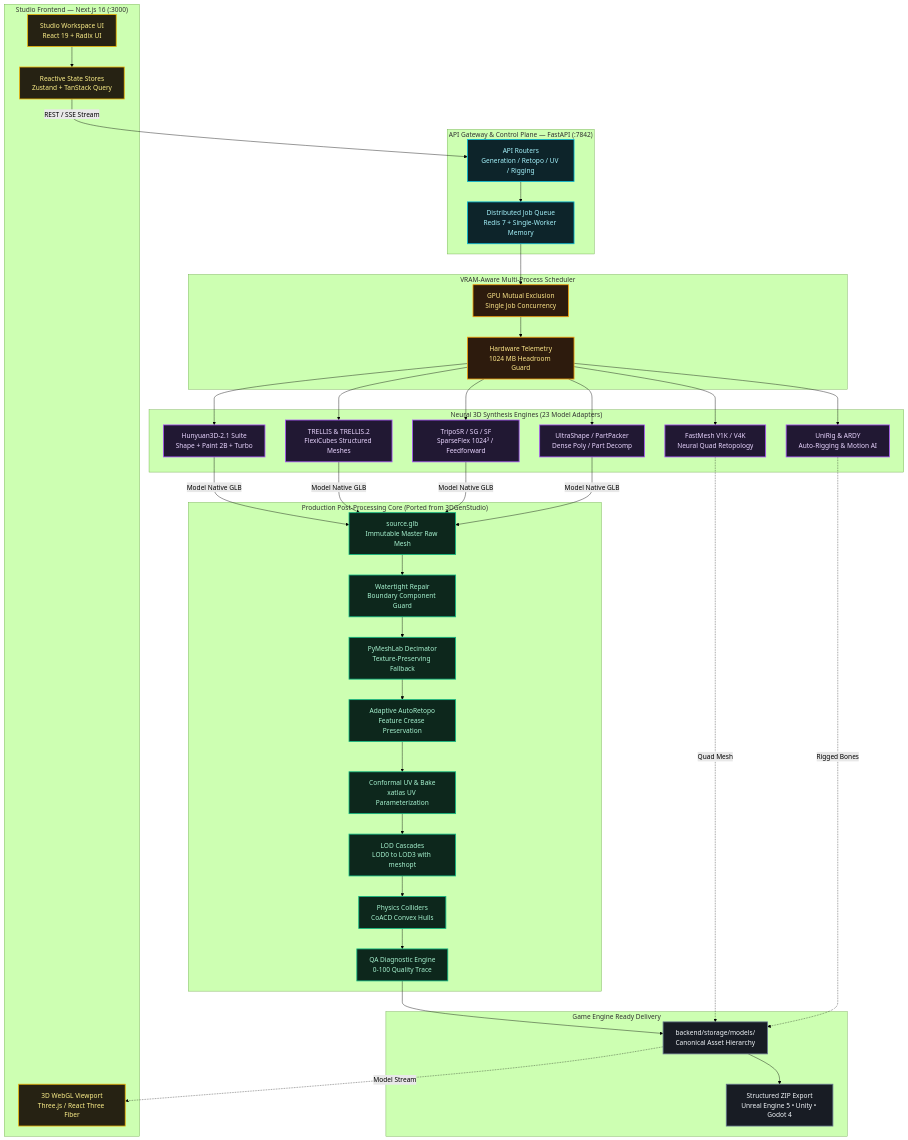
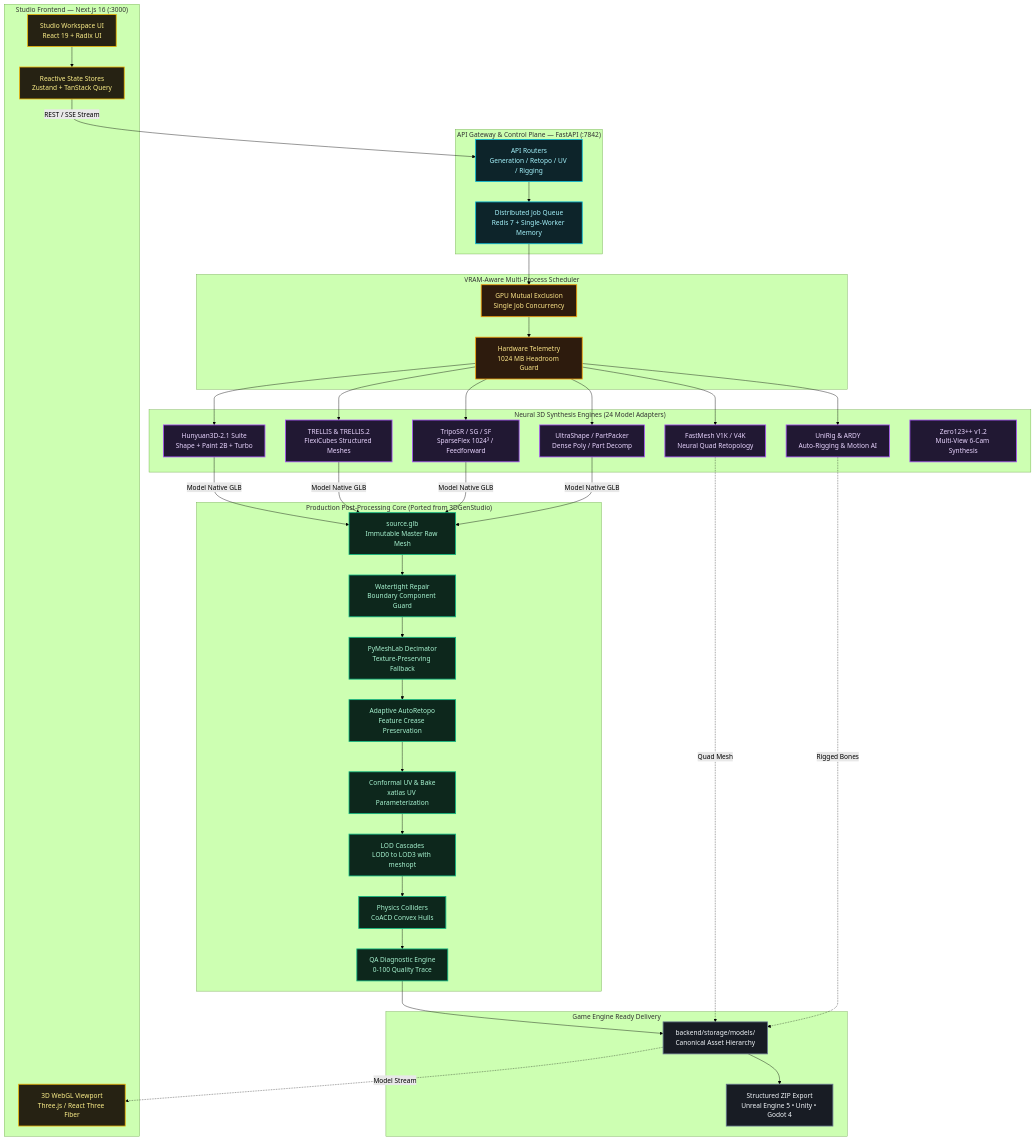
Before and after one commit to Silentzx2/ForMash3D: the diagram in README.md, drawn with Mermaid (forest theme). The commit also changed other lines of this file and 55 other files, not shown here.

```diff
--- a/README.md
+++ b/README.md
@@ -146,13 +147,14 @@
         MONITOR["Hardware Telemetry<br/>1024 MB Headroom Guard"]:::amber
     end
 
-    subgraph Engines["Neural 3D Synthesis Engines (23 Model Adapters)"]
+    subgraph Engines["Neural 3D Synthesis Engines (24 Model Adapters)"]
         HUNYUAN["Hunyuan3D-2.1 Suite<br/>Shape + Paint 2B + Turbo"]:::purple
         TRELLIS["TRELLIS & TRELLIS.2<br/>FlexiCubes Structured Meshes"]:::purple
         TRIPO["TripoSR / SG / SF<br/>SparseFlex 1024³ / Feedforward"]:::purple
         RETOPO["FastMesh V1K / V4K<br/>Neural Quad Retopology"]:::purple
         EXTRAS["UltraShape / PartPacker<br/>Dense Poly / Part Decomp"]:::purple
         RIGGING["UniRig & ARDY<br/>Auto-Rigging & Motion AI"]:::purple
+        ZERO123["Zero123++ v1.2<br/>Multi-View 6-Cam Synthesis"]:::purple
     end
 
     subgraph PostProcess["Production Post-Processing Core (Ported from 3DGenStudio)"]
```
